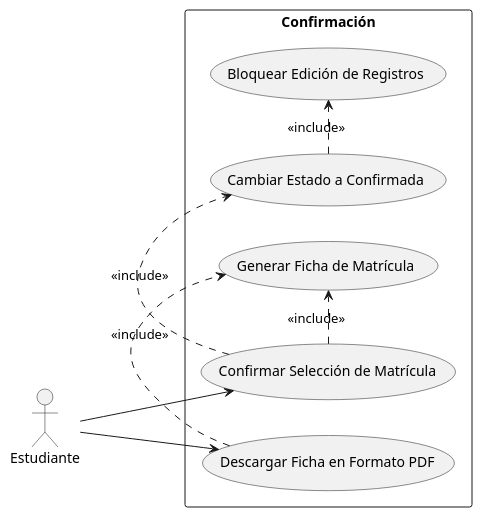
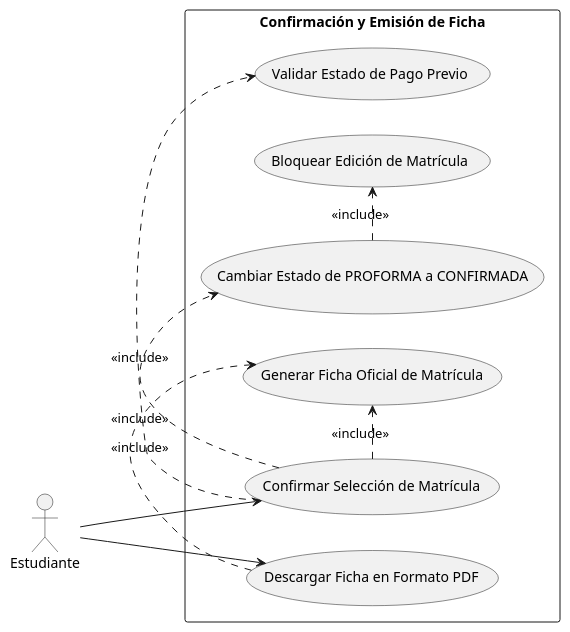
One commit to jsondev999/sistema-matricula changed the diagram in diagramas/casos-de-uso/confirmacion.puml. Above: the diagram before and after it, drawn with PlantUML. The commit also changed 6 other files, not shown here.

Commit message:
Actualiza diagramas

```diff
--- a/diagramas/casos-de-uso/confirmacion.puml
+++ b/diagramas/casos-de-uso/confirmacion.puml
@@ -1,22 +1,25 @@
 @startuml confirmacion
 left to right direction
 skinparam packageStyle rectangle
 
 actor "Estudiante" as est
 
-rectangle "Confirmación" {
+rectangle "Confirmación y Emisión de Ficha" {
     usecase "Confirmar Selección de Matrícula" as UC_Confirmar
-    usecase "Cambiar Estado a Confirmada" as UC_CambiarEstado
-    usecase "Bloquear Edición de Registros" as UC_BloquearEdicion
-    usecase "Generar Ficha de Matrícula" as UC_GenFicha
+    usecase "Validar Estado de Pago Previo" as UC_ValidarPago
+    usecase "Cambiar Estado de PROFORMA a CONFIRMADA" as UC_CambiarEstado
+    usecase "Bloquear Edición de Matrícula" as UC_BloquearEdicion
+    usecase "Generar Ficha Oficial de Matrícula" as UC_GenFicha
     usecase "Descargar Ficha en Formato PDF" as UC_DescargarPDF
 }
 
 est --> UC_Confirmar
 est --> UC_DescargarPDF
 
+UC_Confirmar .> UC_ValidarPago : <<include>>
 UC_Confirmar .> UC_CambiarEstado : <<include>>
 UC_CambiarEstado .> UC_BloquearEdicion : <<include>>
 UC_Confirmar .> UC_GenFicha : <<include>>
+
 UC_DescargarPDF .> UC_GenFicha : <<include>>
 @enduml
```
